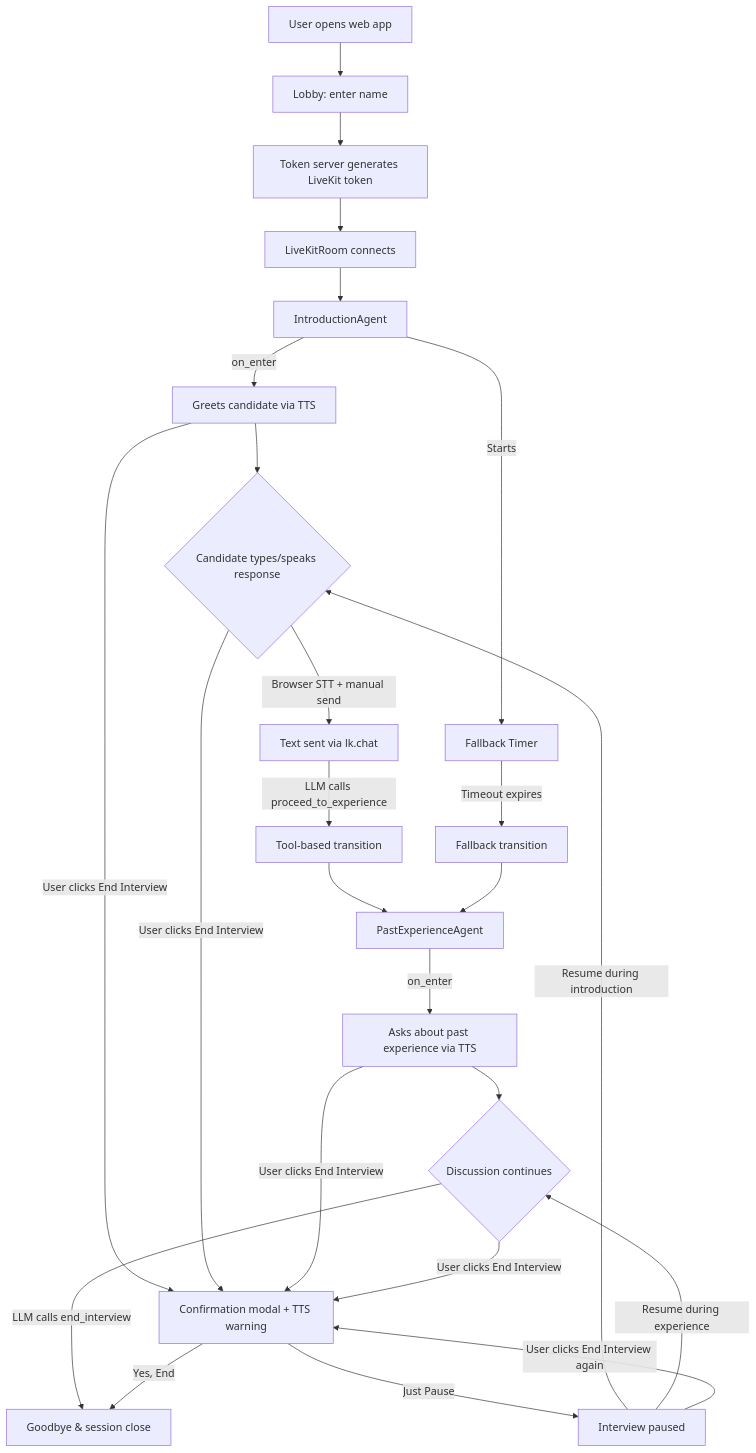
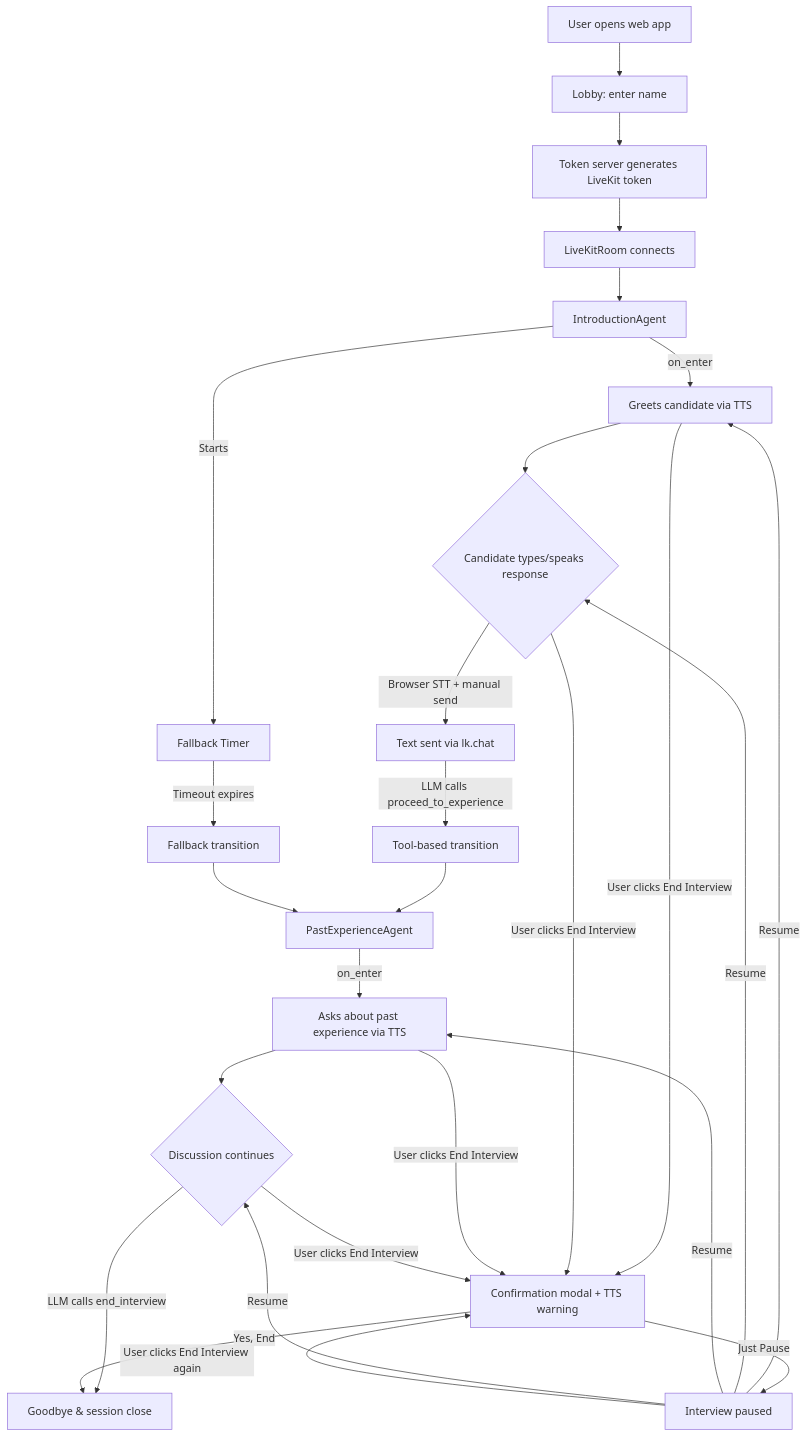
One commit to anhtranst/moc_interview_demo changed the first of 3 diagrams in README.md. Above: the diagram before and after it, drawn with Mermaid.

Commit message:
docs(README.md): Fix flow diagram (resume returns to exact step user paused from)

````diff
--- a/README.md
+++ b/README.md
@@ -20,28 +20,30 @@
 ```mermaid
 flowchart TD
     A[User opens web app] --> B[Lobby: enter name]
     B --> C[Token server generates LiveKit token]
     C --> D[LiveKitRoom connects]
     D --> E[IntroductionAgent]
     E -->|on_enter| F[Greets candidate via TTS]
     E -->|Starts| G[Fallback Timer]
     F --> H{Candidate types/speaks response}
     H -->|Browser STT + manual send| I[Text sent via lk.chat]
     I -->|LLM calls proceed_to_experience| J[Tool-based transition]
     G -->|Timeout expires| K[Fallback transition]
     J --> L[PastExperienceAgent]
     K --> L
     L -->|on_enter| M[Asks about past experience via TTS]
     M --> N{Discussion continues}
     N -->|LLM calls end_interview| O[Goodbye & session close]
 
     F -->|User clicks End Interview| P[Confirmation modal + TTS warning]
     H -->|User clicks End Interview| P
     M -->|User clicks End Interview| P
     N -->|User clicks End Interview| P
     P -->|Just Pause| Q[Interview paused]
     P -->|Yes, End| O
-    Q -->|Resume during introduction| H
-    Q -->|Resume during experience| N
+    Q -->|Resume| F
+    Q -->|Resume| H
+    Q -->|Resume| M
+    Q -->|Resume| N
     Q -->|User clicks End Interview again| P
 ```
````
